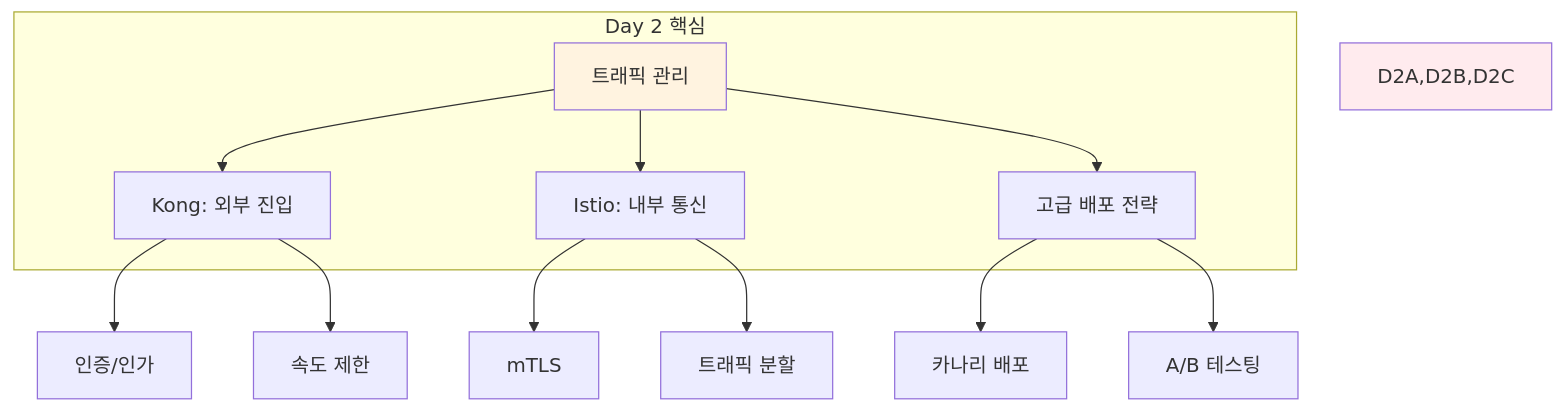
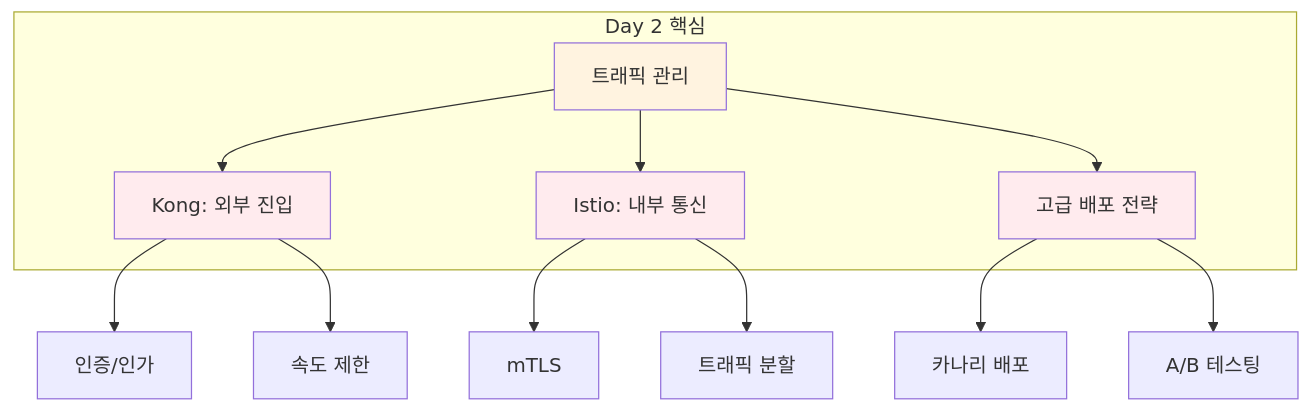
Before and after one commit to niceguy61/kdt_devops_lecture_2025: the fourth of 8 diagrams in theory/week_04/day5/session_2.md, drawn with Mermaid. The commit also changed other lines of this file and 2 other files, not shown here.

Commit message:
mermaid style 변경

````diff
--- a/theory/week_04/day5/session_2.md
+++ b/theory/week_04/day5/session_2.md
@@ -193,25 +199,27 @@
 ```mermaid
 graph TB
     subgraph "Day 2 핵심"
         D2[트래픽 관리]
         D2A[Kong: 외부 진입]
         D2B[Istio: 내부 통신]
         D2C[고급 배포 전략]
     end
     
     D2 --> D2A
     D2 --> D2B
     D2 --> D2C
     
     D2A --> D2A1[인증/인가]
     D2A --> D2A2[속도 제한]
     
     D2B --> D2B1[mTLS]
     D2B --> D2B2[트래픽 분할]
     
     D2C --> D2C1[카나리 배포]
     D2C --> D2C2[A/B 테스팅]
     
     style D2 fill:#fff3e0
-    style D2A,D2B,D2C fill:#ffebee
+    style D2A fill:#ffebee
+    style D2B fill:#ffebee
+    style D2C fill:#ffebee
 ```
````
